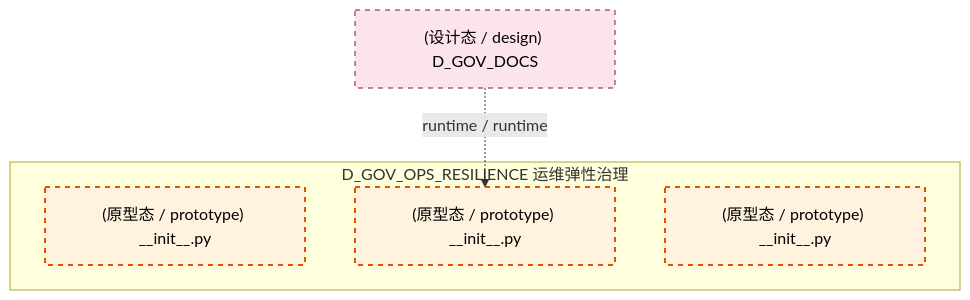
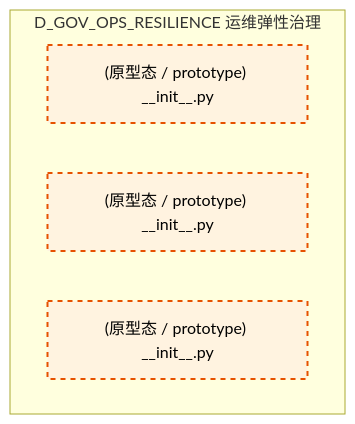
The fifth of 6 diagrams in docs/02_enterprise_architecture/02_domain_architecture_docs/15_d_gov_ops_resilience.md (xuanFelixVan/ZephyrAlpha), drawn with Mermaid before and after one commit. The commit also changed other lines of this file and 112 other files, not shown here.

````diff
--- a/docs/02_enterprise_architecture/02_domain_architecture_docs/15_d_gov_ops_resilience.md
+++ b/docs/02_enterprise_architecture/02_domain_architecture_docs/15_d_gov_ops_resilience.md
@@ -533,16 +532,13 @@
 ```mermaid
 graph TD
     subgraph D_GOV_OPS_RESILIENCE["D_GOV_OPS_RESILIENCE 运维弹性治理"]
         src_zephyr_governance_ops_governance_init_py["(原型态 / prototype) __init__.py"]
         src_zephyr_governance_resilience_governance_init_py["(原型态 / prototype) __init__.py"]
         src_zephyr_governance_security_governance_init_py["(原型态 / prototype) __init__.py"]
     end
-    D_GOV_DOCS["(设计态 / design) D_GOV_DOCS"]
-    D_GOV_DOCS -.->|runtime / runtime| src_zephyr_governance_resilience_governance_init_py
     classDef production fill:#e1f5fe,stroke:#01579b,stroke-width:2px,color:#000
     classDef design fill:#fff3e0,stroke:#e65100,stroke-width:2px,color:#000,stroke-dasharray: 5 5
     classDef external_prod fill:#e8f5e9,stroke:#1b5e20,stroke-width:1px,color:#000
     classDef external_design fill:#fce4ec,stroke:#880e4f,stroke-width:1px,color:#000,stroke-dasharray: 5 5
     class src_zephyr_governance_ops_governance_init_py,src_zephyr_governance_resilience_governance_init_py,src_zephyr_governance_security_governance_init_py design
-    class D_GOV_DOCS external_design
 ```
````
